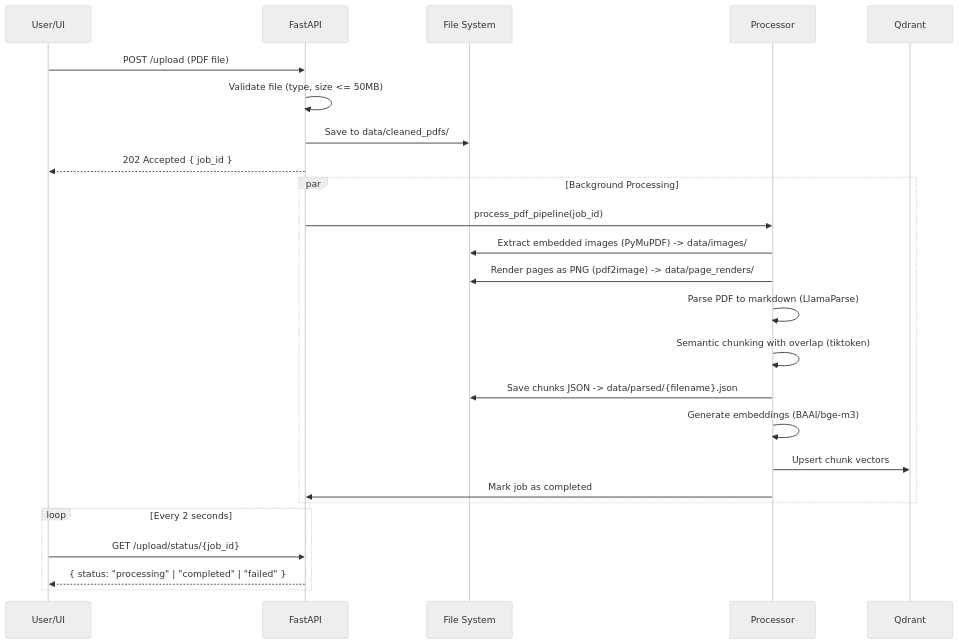
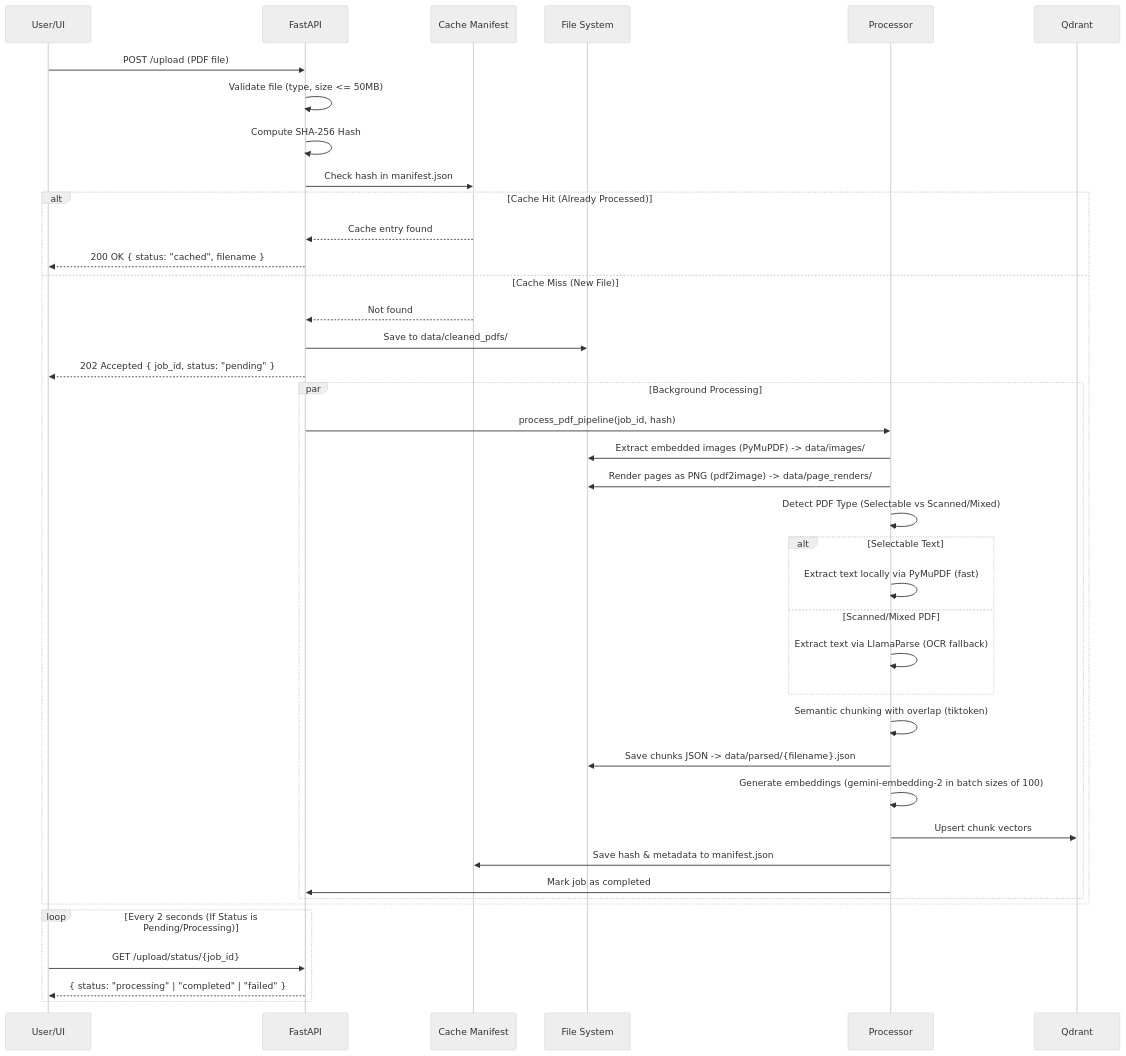
The second of 3 diagrams in Readme.md (Prakshit0902/pdf-rag), drawn with Mermaid (neutral theme) before and after one commit. The commit also changed other lines of this file, not shown here.

````diff
--- a/Readme.md
+++ b/Readme.md
@@ -81,30 +92,46 @@
 ```mermaid
 sequenceDiagram
     participant U as User/UI
     participant API as FastAPI
+    participant Cache as Cache Manifest
     participant FS as File System
     participant P as Processor
     participant Q as Qdrant
 
     U->>API: POST /upload (PDF file)
     API->>API: Validate file (type, size <= 50MB)
-    API->>FS: Save to data/cleaned_pdfs/
-    API-->>U: 202 Accepted { job_id }
+    API->>API: Compute SHA-256 Hash
 
-    par Background Processing
-        API->>P: process_pdf_pipeline(job_id)
-        P->>FS: Extract embedded images (PyMuPDF) -> data/images/
-        P->>FS: Render pages as PNG (pdf2image) -> data/page_renders/
-        P->>P: Parse PDF to markdown (LlamaParse)
-        P->>P: Semantic chunking with overlap (tiktoken)
-        P->>FS: Save chunks JSON -> data/parsed/{filename}.json
-        P->>P: Generate embeddings (BAAI/bge-m3)
-        P->>Q: Upsert chunk vectors
-        P->>API: Mark job as completed
+    API->>Cache: Check hash in manifest.json
+    alt Cache Hit (Already Processed)
+        Cache-->>API: Cache entry found
+        API-->>U: 200 OK { status: "cached", filename }
+    else Cache Miss (New File)
+        Cache-->>API: Not found
+        API->>FS: Save to data/cleaned_pdfs/
+        API-->>U: 202 Accepted { job_id, status: "pending" }
+        
+        par Background Processing
+            API->>P: process_pdf_pipeline(job_id, hash)
+            P->>FS: Extract embedded images (PyMuPDF) -> data/images/
+            P->>FS: Render pages as PNG (pdf2image) -> data/page_renders/
+            P->>P: Detect PDF Type (Selectable vs Scanned/Mixed)
+            alt Selectable Text
+                P->>P: Extract text locally via PyMuPDF (fast)
+            else Scanned/Mixed PDF
+                P->>P: Extract text via LlamaParse (OCR fallback)
+            end
+            P->>P: Semantic chunking with overlap (tiktoken)
+            P->>FS: Save chunks JSON -> data/parsed/{filename}.json
+            P->>P: Generate embeddings (gemini-embedding-2 in batch sizes of 100)
+            P->>Q: Upsert chunk vectors
+            P->>Cache: Save hash & metadata to manifest.json
+            P->>API: Mark job as completed
+        end
     end
 
-    loop Every 2 seconds
+    loop Every 2 seconds (If Status is Pending/Processing)
         U->>API: GET /upload/status/{job_id}
         API-->>U: { status: "processing" | "completed" | "failed" }
     end
 ```
````
